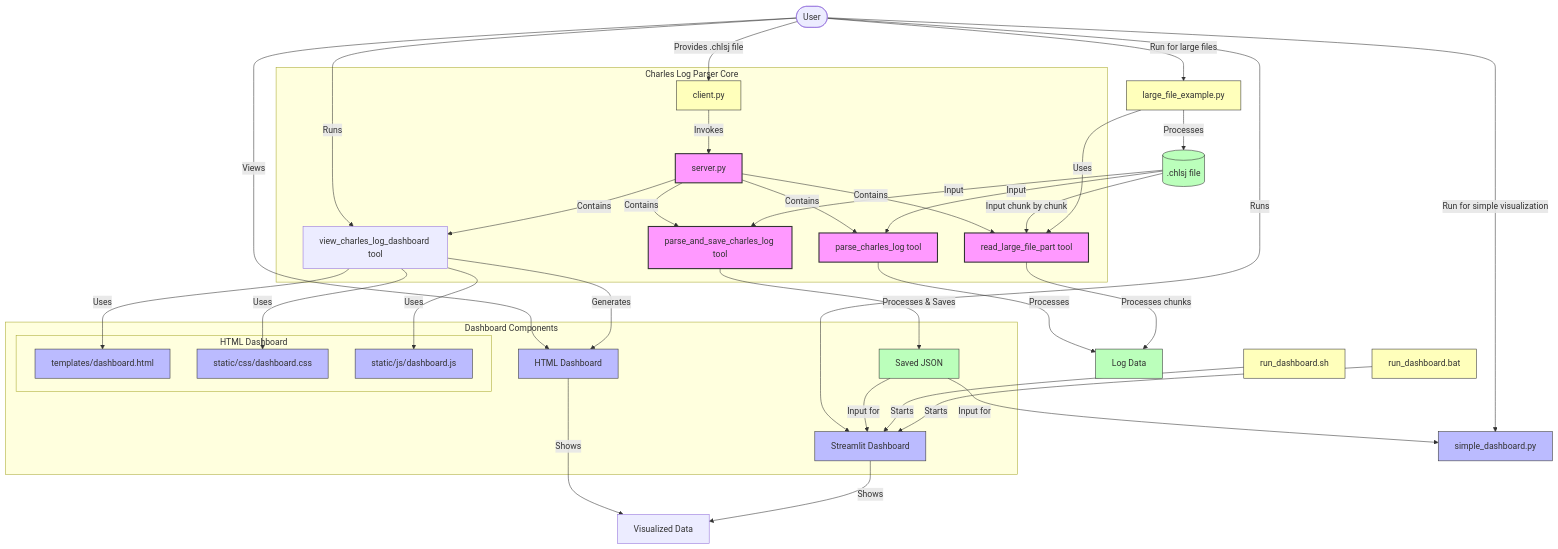
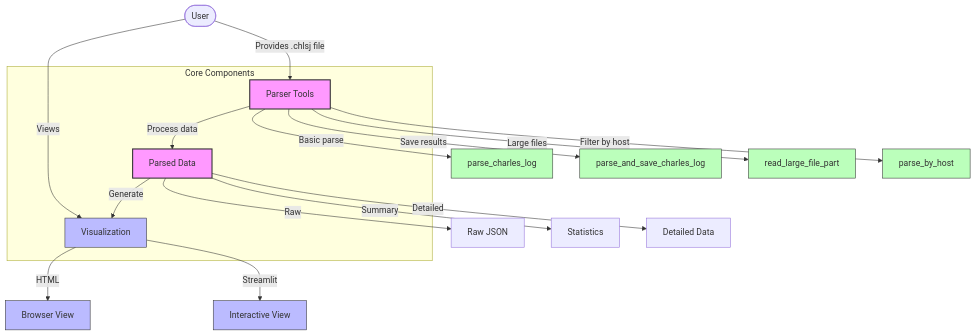
The first of 2 diagrams in flow_diagram.md (PranjulRaizada/mcp-charles), drawn with Mermaid before and after one commit.

Commit message:
Simplify main flow diagram for better readability

````diff
--- a/flow_diagram.md
+++ b/flow_diagram.md
@@ -3,70 +3,36 @@
 ```mermaid
 graph TD
-    %% Main User Interactions
-    User([User]) -->|Provides .chlsj file| ClientPy
-    User -->|Runs| DashboardTool
-    User -->|Views| HTMLDashboard
-    User -->|Runs| StreamlitDashboard
+    %% Main components and flows
+    User([User]) -->|Provides .chlsj file| Parser
+    User -->|Views| Dashboard
     
-    %% Main Components
-    subgraph "Charles Log Parser Core"
-        ClientPy[client.py] -->|Invokes| ServerPy
-        ServerPy[server.py] -->|Contains| ParseLogTool[parse_charles_log tool]
-        ServerPy -->|Contains| ParseSaveLogTool[parse_and_save_charles_log tool]
-        ServerPy -->|Contains| LargeFileTool[read_large_file_part tool] 
-        ServerPy -->|Contains| DashboardTool[view_charles_log_dashboard tool]
+    %% Core components
+    subgraph "Core Components"
+        Parser[Parser Tools] -->|Process data| LogData[Parsed Data]
+        LogData -->|Generate| Dashboard[Visualization]
     end
     
-    %% Input Files
-    CHLSJFile[(.chlsj file)] -->|Input| ParseLogTool
-    CHLSJFile -->|Input| ParseSaveLogTool
-    CHLSJFile -->|Input chunk by chunk| LargeFileTool
+    %% Parser tools
+    Parser -->|Basic parse| Basic[parse_charles_log]
+    Parser -->|Save results| Save[parse_and_save_charles_log]
+    Parser -->|Large files| Large[read_large_file_part]
+    Parser -->|Filter by host| Filter[parse_by_host]
     
-    %% Processing Flow
-    ParseLogTool -->|Processes| LogData[Log Data]
-    ParseSaveLogTool -->|Processes & Saves| SavedJSON[Saved JSON]
-    LargeFileTool -->|Processes chunks| LogData
+    %% Output options
+    Dashboard -->|HTML| HTMLView[Browser View]
+    Dashboard -->|Streamlit| StreamView[Interactive View]
     
-    %% Dashboard Components
-    subgraph "Dashboard Components"
-        DashboardTool -->|Generates| HTMLDashboard[HTML Dashboard]
-        SavedJSON -->|Input for| StreamlitDashboard[Streamlit Dashboard]
-        
-        %% Dashboard Files
-        subgraph "HTML Dashboard"
-            HTMLTemplate[templates/dashboard.html]
-            CSSStyles[static/css/dashboard.css]
-            JSCharts[static/js/dashboard.js]
-        end
-        
-        DashboardTool -->|Uses| HTMLTemplate
-        DashboardTool -->|Uses| CSSStyles
-        DashboardTool -->|Uses| JSCharts
-    end
+    %% Output formats
+    LogData -->|Raw| RawJSON[Raw JSON]
+    LogData -->|Summary| SummaryStats[Statistics]
+    LogData -->|Detailed| DetailedView[Detailed Data]
     
-    %% Output Files
-    HTMLDashboard -->|Shows| VisualizedData[Visualized Data]
-    StreamlitDashboard -->|Shows| VisualizedData
+    %% Styling
+    classDef core fill:#f9f,stroke:#333,stroke-width:2px;
+    classDef output fill:#bbf,stroke:#333,stroke-width:1px;
+    classDef tool fill:#bfb,stroke:#333,stroke-width:1px;
     
-    %% Optional Flow
-    User -->|Run for large files| LargeExample[large_file_example.py]
-    LargeExample -->|Processes| CHLSJFile
-    LargeExample -->|Uses| LargeFileTool
-    User -->|Run for simple visualization| SimpleDashboard[simple_dashboard.py]
-    SavedJSON -->|Input for| SimpleDashboard
-    
-    %% Start Scripts
-    RunScriptSh[run_dashboard.sh] -->|Starts| StreamlitDashboard
-    RunScriptBat[run_dashboard.bat] -->|Starts| StreamlitDashboard
-    
-    %% Legend and Styling
-    classDef core fill:#f9f,stroke:#333,stroke-width:2px;
-    classDef dashboard fill:#bbf,stroke:#333,stroke-width:1px;
-    classDef file fill:#bfb,stroke:#333,stroke-width:1px;
-    classDef script fill:#ffb,stroke:#333,stroke-width:1px;
-    
-    class ServerPy,ParseLogTool,ParseSaveLogTool,LargeFileTool core;
-    class HTMLDashboard,StreamlitDashboard,SimpleDashboard,HTMLTemplate,CSSStyles,JSCharts dashboard;
-    class CHLSJFile,SavedJSON,LogData file;
-    class RunScriptSh,RunScriptBat,LargeExample,ClientPy script;
+    class Parser,LogData core;
+    class Dashboard,HTMLView,StreamView output;
+    class Basic,Save,Large,Filter tool;
 ```
````
